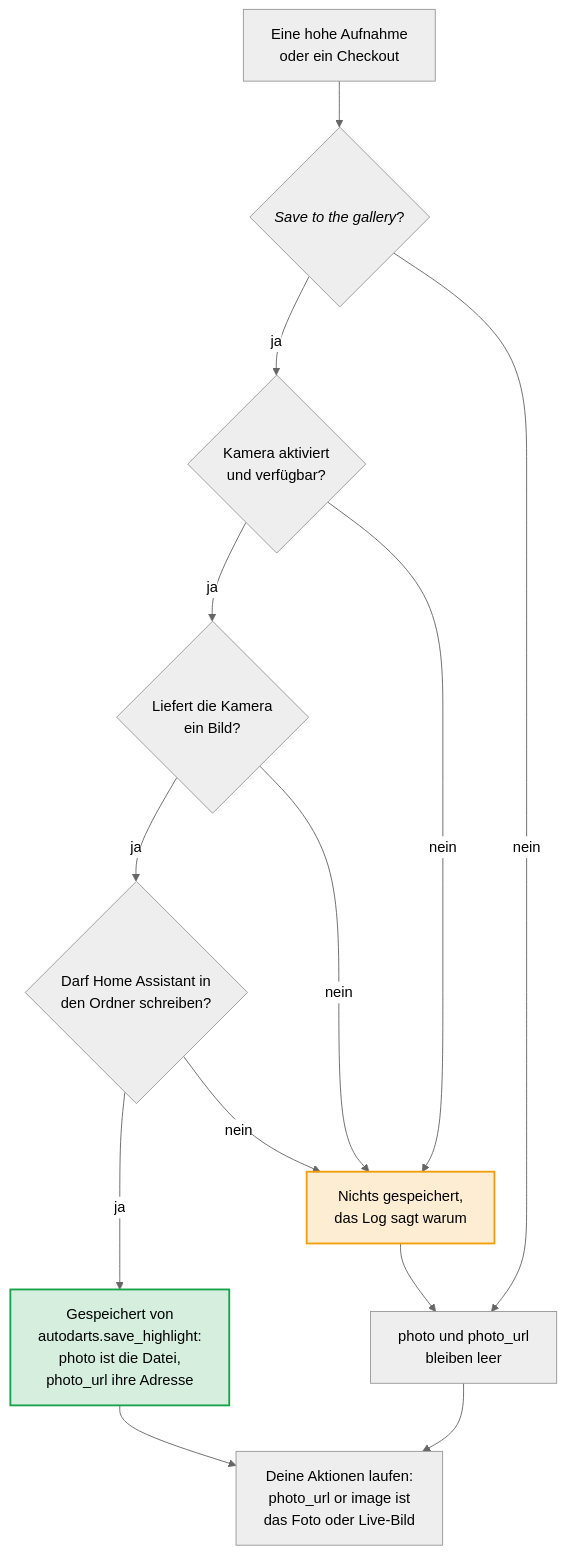
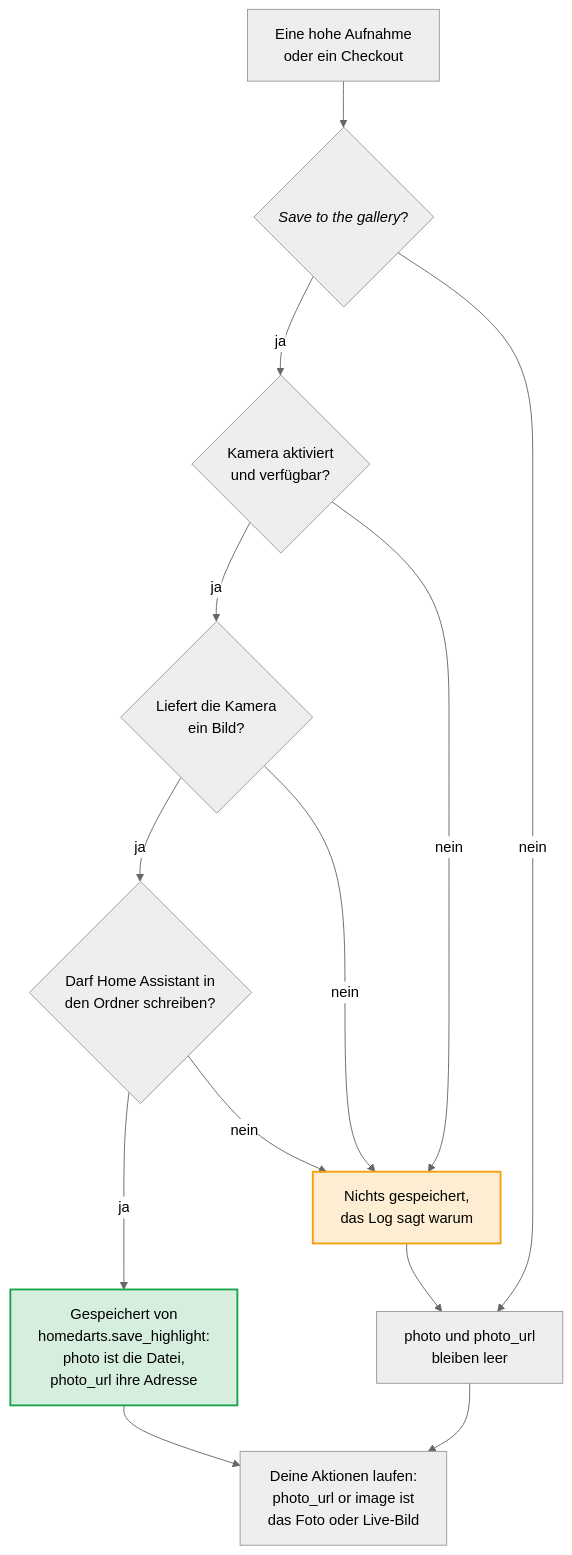
One commit to Dennis-Otto/ha-autodarts changed the diagram in docs/diagrams/highlight-photo.de.mmd. Above: the diagram before and after it, drawn with Mermaid (neutral theme). The commit also changed 506 other files, not shown here.

First line of the commit message:
feat!: HomeDarts for Autodarts, a name of its own (#442)

```diff
--- a/docs/diagrams/highlight-photo.de.mmd
+++ b/docs/diagrams/highlight-photo.de.mmd
@@ -1,19 +1,19 @@
 flowchart TB
   accTitle: Wie das Highlight-Foto ein Foto speichert und was deine Aktionen bekommen
-  accDescr: Nach einer hohen Aufnahme oder einem Checkout wartet das Highlight-Foto eine halbe Sekunde. Mit Save to the gallery speichert autodarts.save_highlight das Foto nur, wenn die Kamera-Entität aktiviert und verfügbar ist, die Kamera ein Bild liefert und Home Assistant in den Ordner schreiben darf; dann ist photo die gespeicherte Datei und photo_url ihre Adresse im Medienordner. Sonst wird nichts gespeichert, das Log sagt warum, und photo und photo_url bleiben leer, wie ohne Save to the gallery. Deine Aktionen laufen in jedem Fall, und photo_url or image ist das gespeicherte Foto oder das Live-Bild der Kamera.
+  accDescr: Nach einer hohen Aufnahme oder einem Checkout wartet das Highlight-Foto eine halbe Sekunde. Mit Save to the gallery speichert homedarts.save_highlight das Foto nur, wenn die Kamera-Entität aktiviert und verfügbar ist, die Kamera ein Bild liefert und Home Assistant in den Ordner schreiben darf; dann ist photo die gespeicherte Datei und photo_url ihre Adresse im Medienordner. Sonst wird nichts gespeichert, das Log sagt warum, und photo und photo_url bleiben leer, wie ohne Save to the gallery. Deine Aktionen laufen in jedem Fall, und photo_url or image ist das gespeicherte Foto oder das Live-Bild der Kamera.
   MOMENT["Eine hohe Aufnahme<br/>oder ein Checkout"] --> SAVE{"<i>Save to the gallery</i>?"}
   SAVE -- "ja" --> CAMERA{"Kamera aktiviert<br/>und verfügbar?"}
   CAMERA -- "ja" --> PICTURE{"Liefert die Kamera<br/>ein Bild?"}
   PICTURE -- "ja" --> FOLDER{"Darf Home Assistant in<br/>den Ordner schreiben?"}
-  FOLDER -- "ja" --> SAVED["Gespeichert von<br/>autodarts.save_highlight:<br/>photo ist die Datei,<br/>photo_url ihre Adresse"]
+  FOLDER -- "ja" --> SAVED["Gespeichert von<br/>homedarts.save_highlight:<br/>photo ist die Datei,<br/>photo_url ihre Adresse"]
   CAMERA -- "nein" --> FAILED["Nichts gespeichert,<br/>das Log sagt warum"]
   PICTURE -- "nein" --> FAILED
   FOLDER -- "nein" --> FAILED
   SAVE -- "nein" --> EMPTY["photo und photo_url<br/>bleiben leer"]
   FAILED --> EMPTY
   SAVED --> ACTIONS["Deine Aktionen laufen:<br/>photo_url or image ist<br/>das Foto oder Live-Bild"]
   EMPTY --> ACTIONS
   classDef done fill:#16a34a2e,stroke:#16a34a,stroke-width:2px
   classDef warn fill:#f59e0b2e,stroke:#f59e0b,stroke-width:2px
   class SAVED done
   class FAILED warn
```
